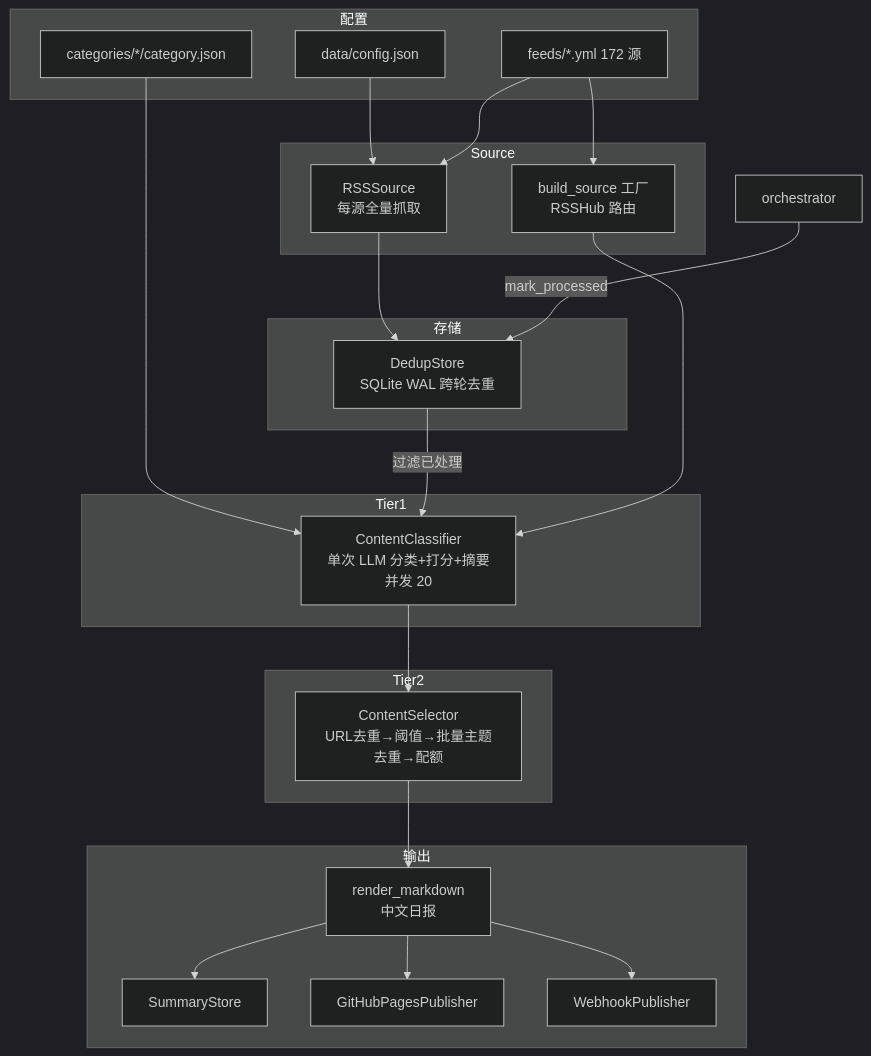
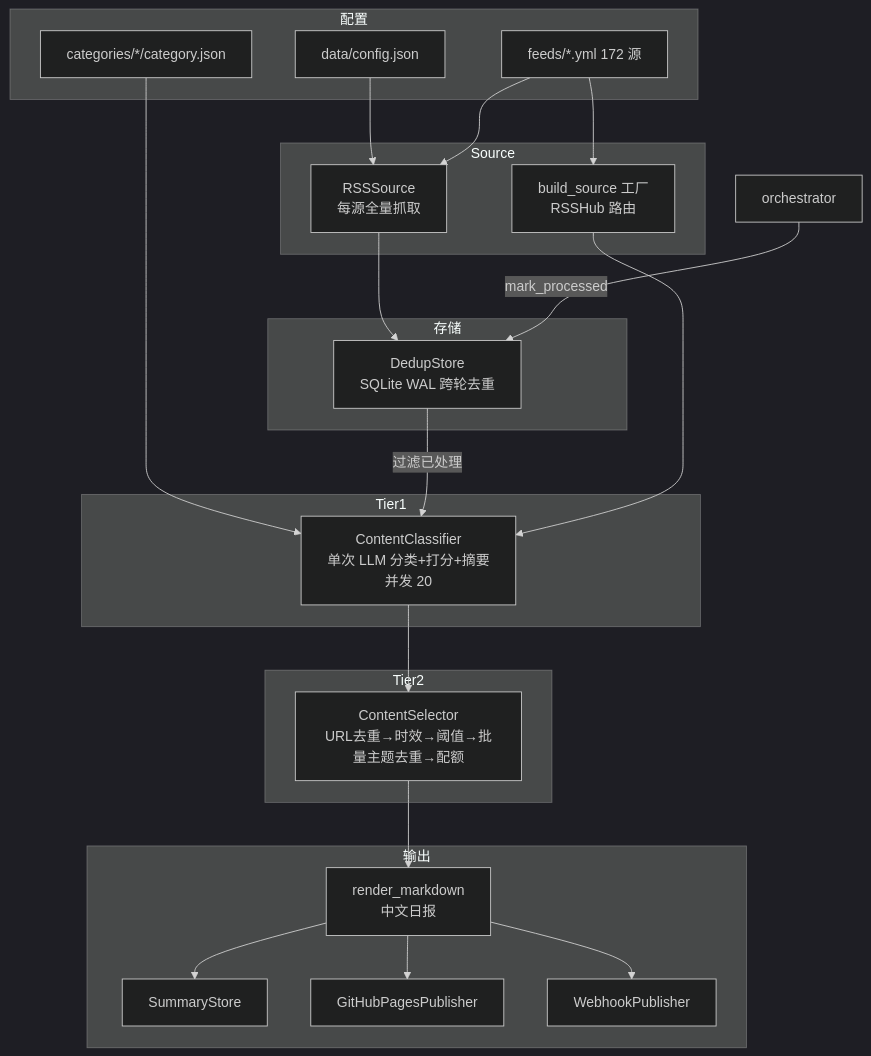
The first of 2 diagrams in docs/TECH.md (int2t05/rss-reader), drawn with Mermaid (dark theme) before and after one commit. The commit also changed other lines of this file and 13 other files, not shown here.

````diff
--- a/docs/TECH.md
+++ b/docs/TECH.md
@@ -13,47 +13,47 @@
 ```mermaid
 flowchart TB
     subgraph 配置
         CFG[data/config.json]
         FEEDS[feeds/*.yml 172 源]
         CATS[categories/*/category.json]
     end
 
     subgraph Source
         RSS[RSSSource<br/>每源全量抓取]
         RSSHUB[build_source 工厂<br/>RSSHub 路由]
     end
 
     subgraph Tier1
         CLS[ContentClassifier<br/>单次 LLM 分类+打分+摘要<br/>并发 20]
     end
 
     subgraph Tier2
-        SEL[ContentSelector<br/>URL去重→阈值→批量主题去重→配额]
+        SEL[ContentSelector<br/>URL去重→时效→阈值→批量主题去重→配额]
     end
 
     subgraph 输出
         RND[render_markdown<br/>中文日报]
         SUM[SummaryStore]
         PAGES[GitHubPagesPublisher]
         HOOK[WebhookPublisher]
     end
 
     subgraph 存储
         DEDUP[DedupStore<br/>SQLite WAL 跨轮去重]
     end
 
     CFG --> RSS
     FEEDS --> RSS
     FEEDS --> RSSHUB
     CATS --> CLS
 
     RSS --> DEDUP
     DEDUP -->|过滤已处理| CLS
     RSSHUB --> CLS
     CLS --> SEL
     SEL --> RND
     RND --> SUM
     RND --> PAGES
     RND --> HOOK
     ORCH[orchestrator] -->|mark_processed| DEDUP
 ```
````
